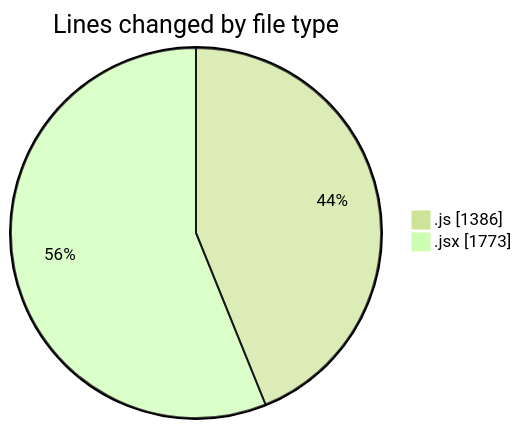
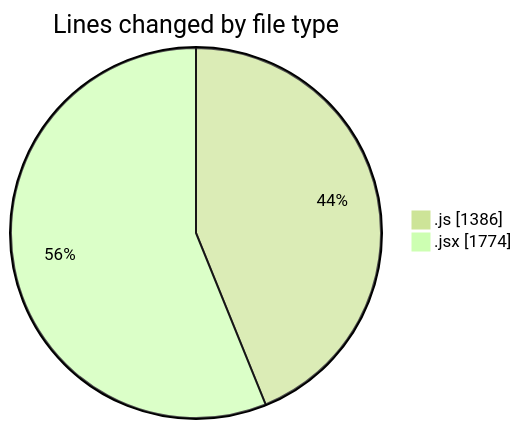
One commit to nxtqubesakshisongat/code-tracking changed the first of 2 diagrams in 2025-07-29/nxtqube_webapp/README.md. Above: the diagram before and after it, drawn with Mermaid (forest theme). The commit also changed other lines of this file and 1 other file, not shown here.

````diff
--- a/2025-07-29/nxtqube_webapp/README.md
+++ b/2025-07-29/nxtqube_webapp/README.md
@@ -28,6 +28,6 @@
 ```mermaid
 pie showData
 title Lines changed by file type
 ".js" : 1386
-".jsx" : 1773
+".jsx" : 1774
 ```
````
